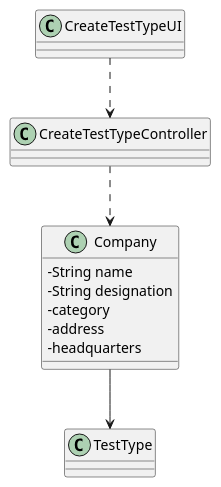
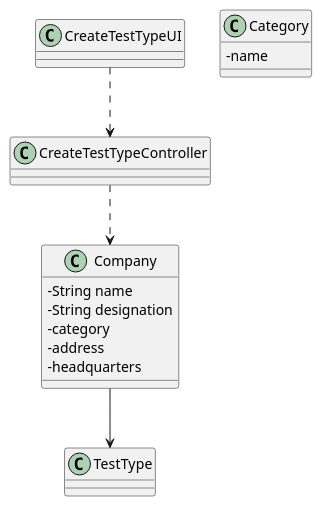
One commit to manu-07-ela/LAPR2_ISEP changed the diagram in docs/SprintB/US09/US09_CD.puml. Above: the diagram before and after it, drawn with PlantUML. The commit also changed 1 other file, not shown here.

```diff
--- a/docs/SprintB/US09/US09_CD.puml
+++ b/docs/SprintB/US09/US09_CD.puml
@@ -1,26 +1,30 @@
 @startuml
 skinparam classAttributeIconSize 0
 
 class Company{
 -String name
 -String designation
 -category
 -address
 -headquarters
 }
 
 class CreateTestTypeUI{
 }
 
 class CreateTestTypeController{
 }
 
 class TestType{
 }
 
+class Category{
+-name
+}
+
 CreateTestTypeUI ..> CreateTestTypeController
 CreateTestTypeController ..> Company
 Company --> TestType
 
 
 @enduml
```
